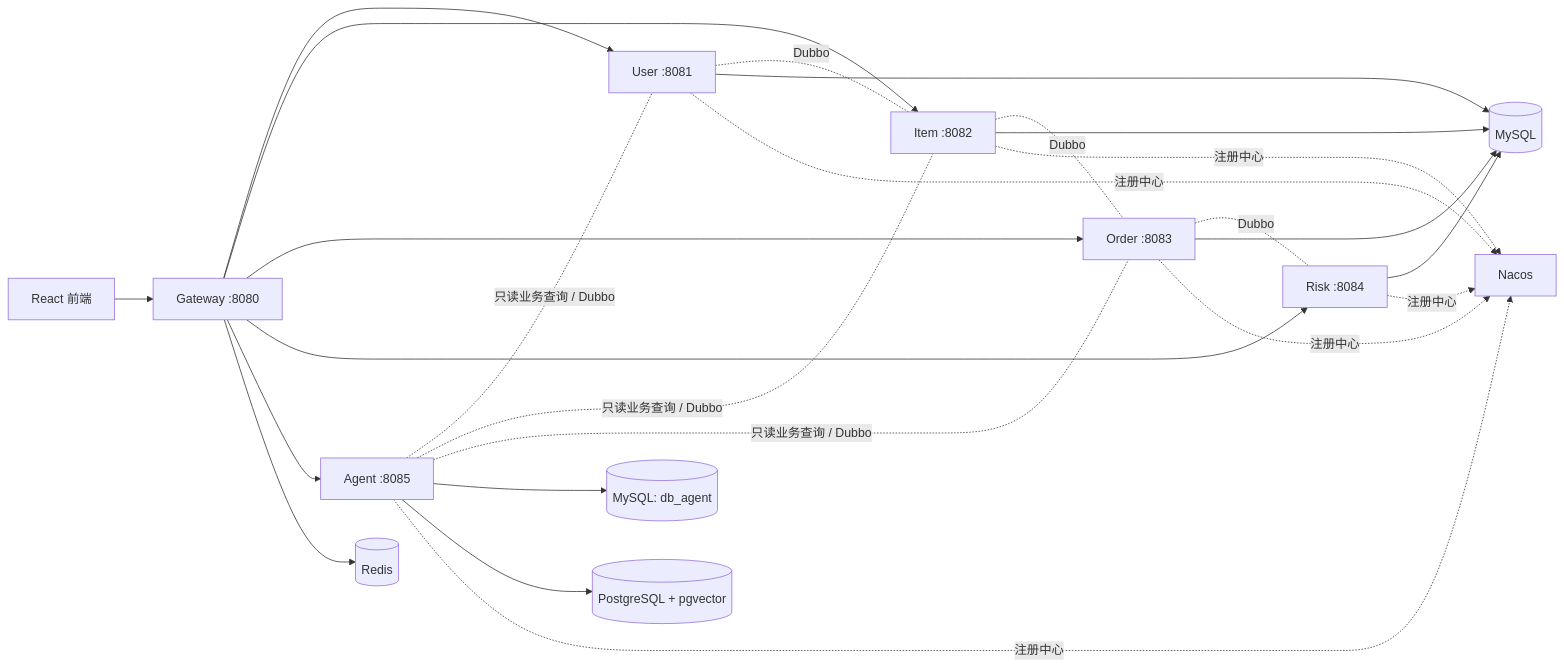
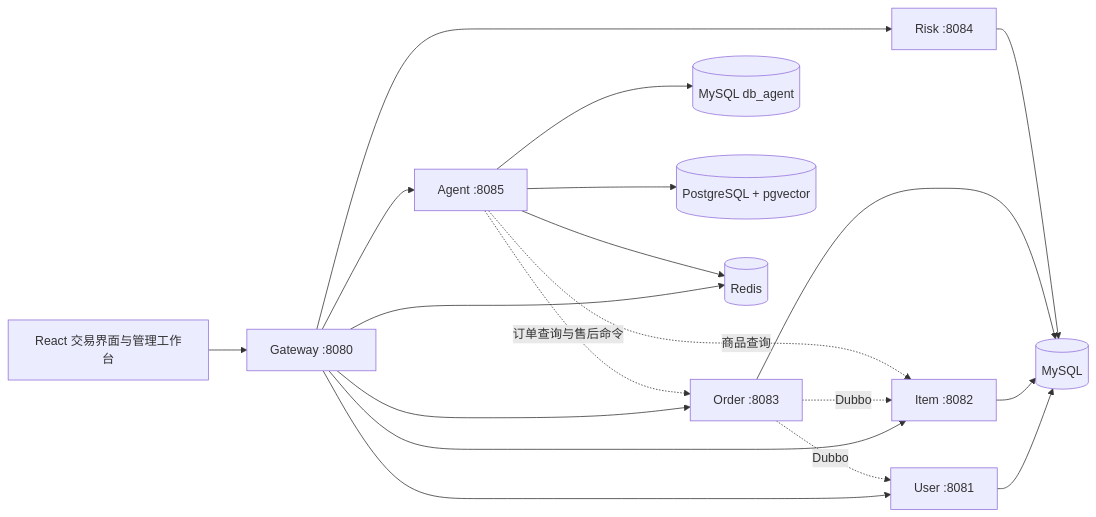
Before and after one commit to siyuTao347/yue-mall-ai: the diagram in README.md, drawn with Mermaid. The commit also changed other lines of this file and 1 other file, not shown here.

````diff
--- a/README.md
+++ b/README.md
@@ -62,29 +82,21 @@
 ```mermaid
 flowchart LR
-    Web[React 前端] --> GW[Gateway :8080]
-    GW --> User[User :8081]
-    GW --> Item[Item :8082]
-    GW --> Order[Order :8083]
-    GW --> Risk[Risk :8084]
-    GW --> Agent[Agent :8085]
-
-    User -. Dubbo .- Item
-    Item -. Dubbo .- Order
-    Order -. Dubbo .- Risk
-    Agent -. 只读业务查询 / Dubbo .- User
-    Agent -. 只读业务查询 / Dubbo .- Item
-    Agent -. 只读业务查询 / Dubbo .- Order
-
+    Browser[React 交易界面与管理工作台] --> Gateway[Gateway :8080]
+    Gateway --> User[User :8081]
+    Gateway --> Item[Item :8082]
+    Gateway --> Order[Order :8083]
+    Gateway --> Risk[Risk :8084]
+    Gateway --> Agent[Agent :8085]
+    Order -. Dubbo .-> User
+    Order -. Dubbo .-> Item
+    Agent -. 商品查询 .-> Item
+    Agent -. 订单查询与售后命令 .-> Order
     User --> MySQL[(MySQL)]
     Item --> MySQL
     Order --> MySQL
     Risk --> MySQL
-    Agent --> AgentDB[(MySQL: db_agent)]
+    Agent --> AgentDB[(MySQL db_agent)]
     Agent --> Vector[(PostgreSQL + pgvector)]
-    GW --> Redis[(Redis)]
-    User -. 注册中心 .-> Nacos[Nacos]
-    Item -. 注册中心 .-> Nacos
-    Order -. 注册中心 .-> Nacos
-    Risk -. 注册中心 .-> Nacos
-    Agent -. 注册中心 .-> Nacos
+    Gateway --> Redis[(Redis)]
+    Agent --> Redis
 ```
````
